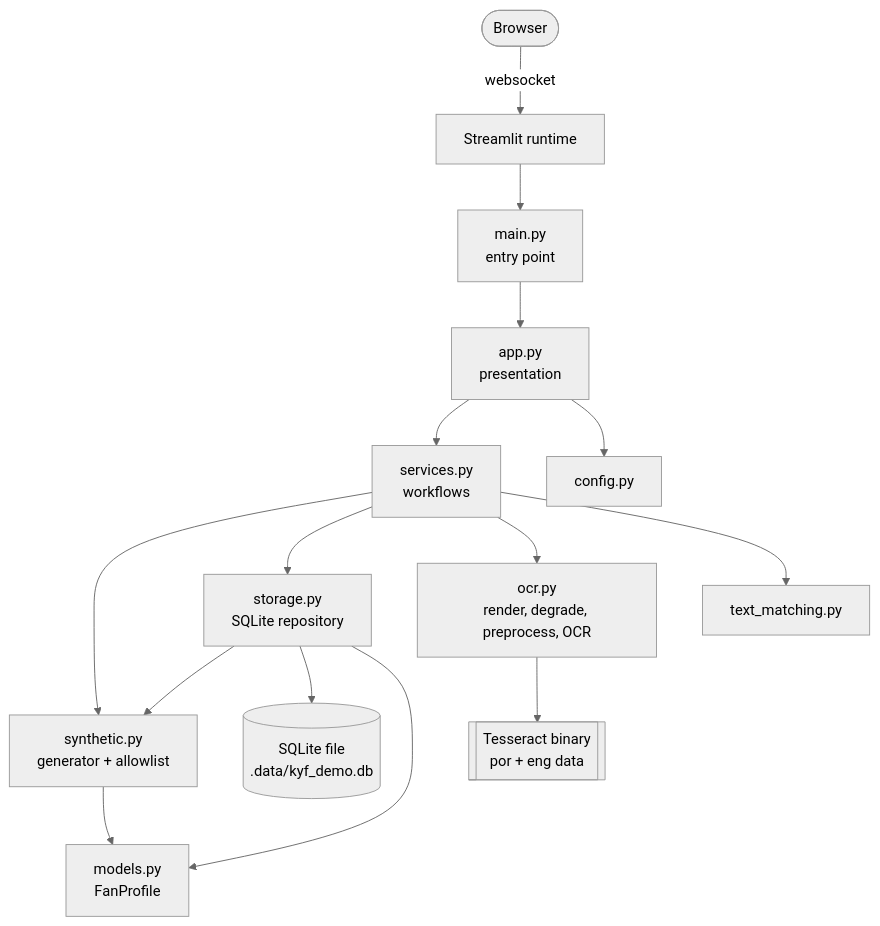
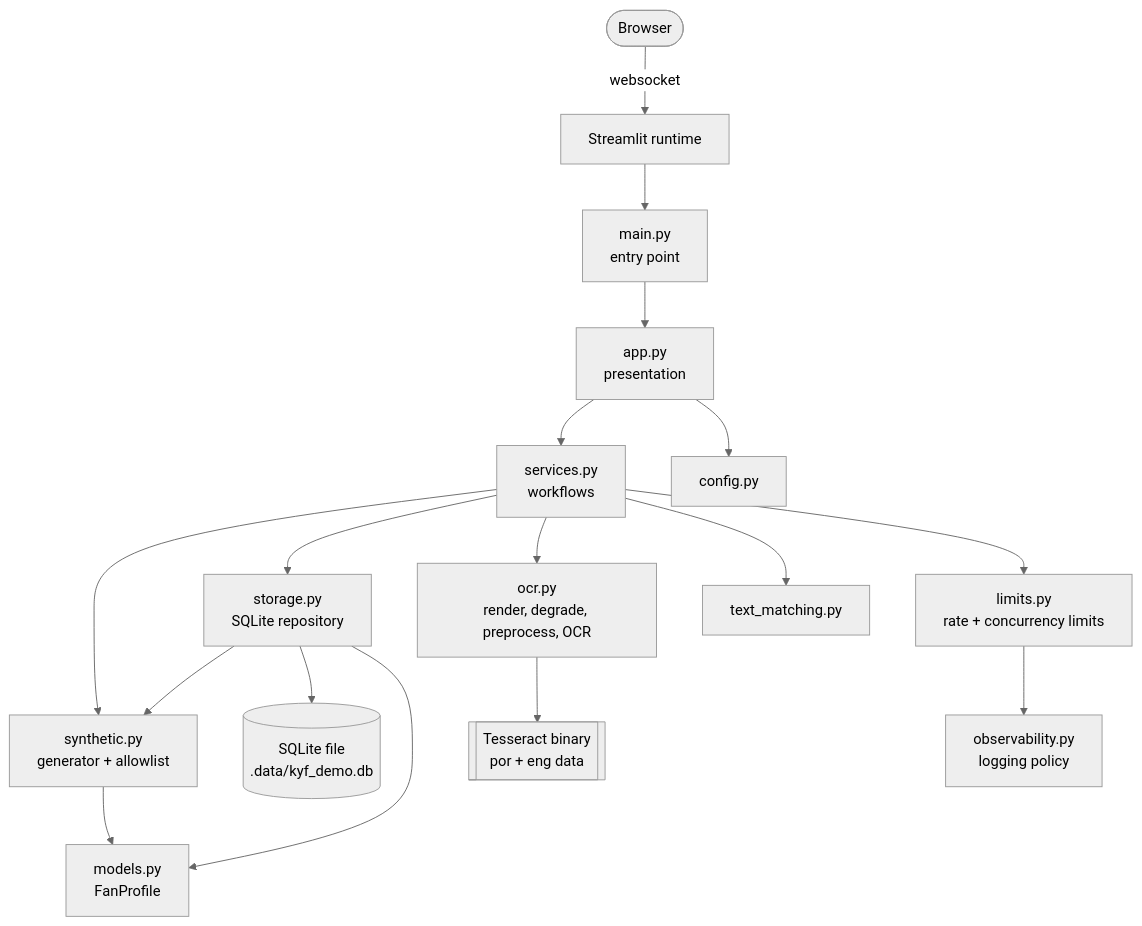
The first of 2 diagrams in docs/architecture.md (CaioVenxncio/know-your-fan-app), drawn with Mermaid (neutral theme) before and after one commit. The commit also changed other lines of this file and 5 other files, not shown here.

````diff
--- a/docs/architecture.md
+++ b/docs/architecture.md
@@ -29,17 +29,19 @@
 ```mermaid
 flowchart TD
     browser([Browser]) -- websocket --> st[Streamlit runtime]
     st --> main[main.py<br/>entry point]
     main --> app[app.py<br/>presentation]
     app --> services[services.py<br/>workflows]
     app --> config[config.py]
     services --> synthetic[synthetic.py<br/>generator + allowlist]
     services --> storage[storage.py<br/>SQLite repository]
     services --> ocr[ocr.py<br/>render, degrade, preprocess, OCR]
     services --> matching[text_matching.py]
+    services --> limits[limits.py<br/>rate + concurrency limits]
+    limits --> observability[observability.py<br/>logging policy]
     storage --> synthetic
     storage --> sqlite[(SQLite file<br/>.data/kyf_demo.db)]
     ocr --> tesseract[[Tesseract binary<br/>por + eng data]]
     synthetic --> models[models.py<br/>FanProfile]
     storage --> models
 ```
````
